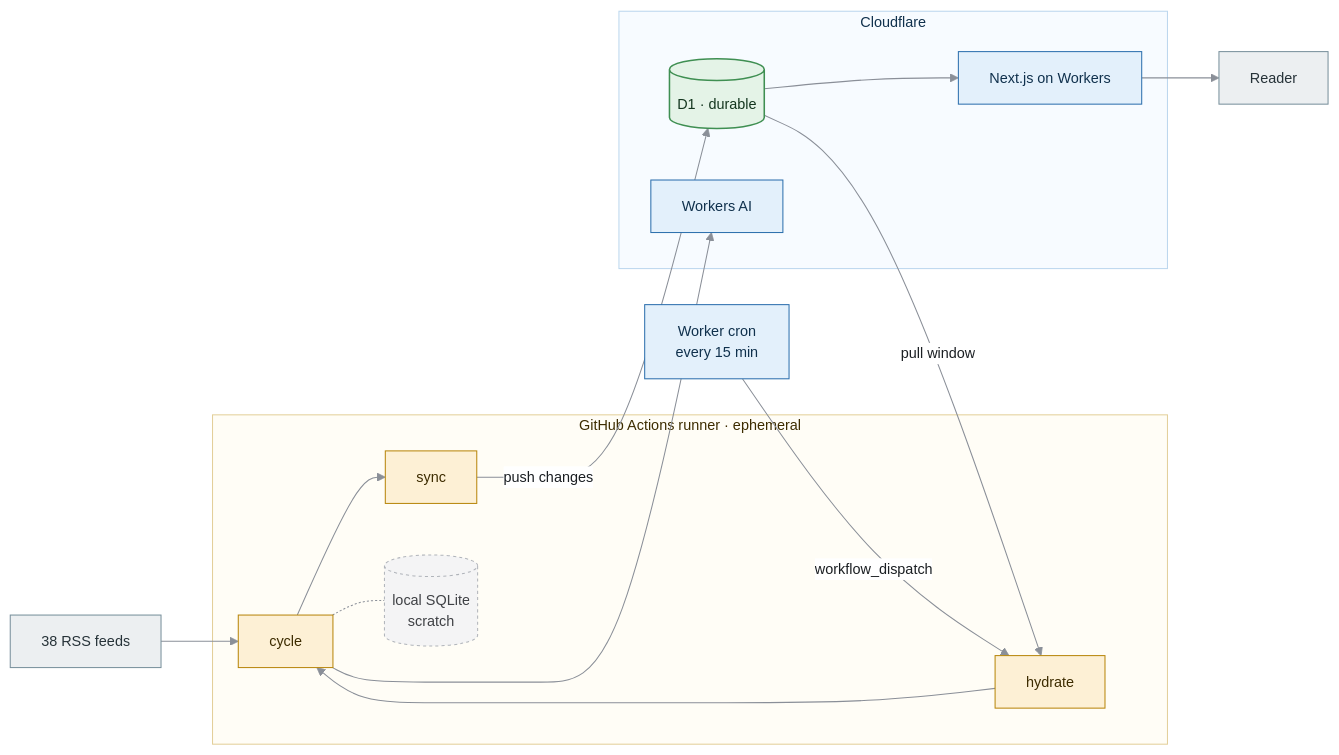
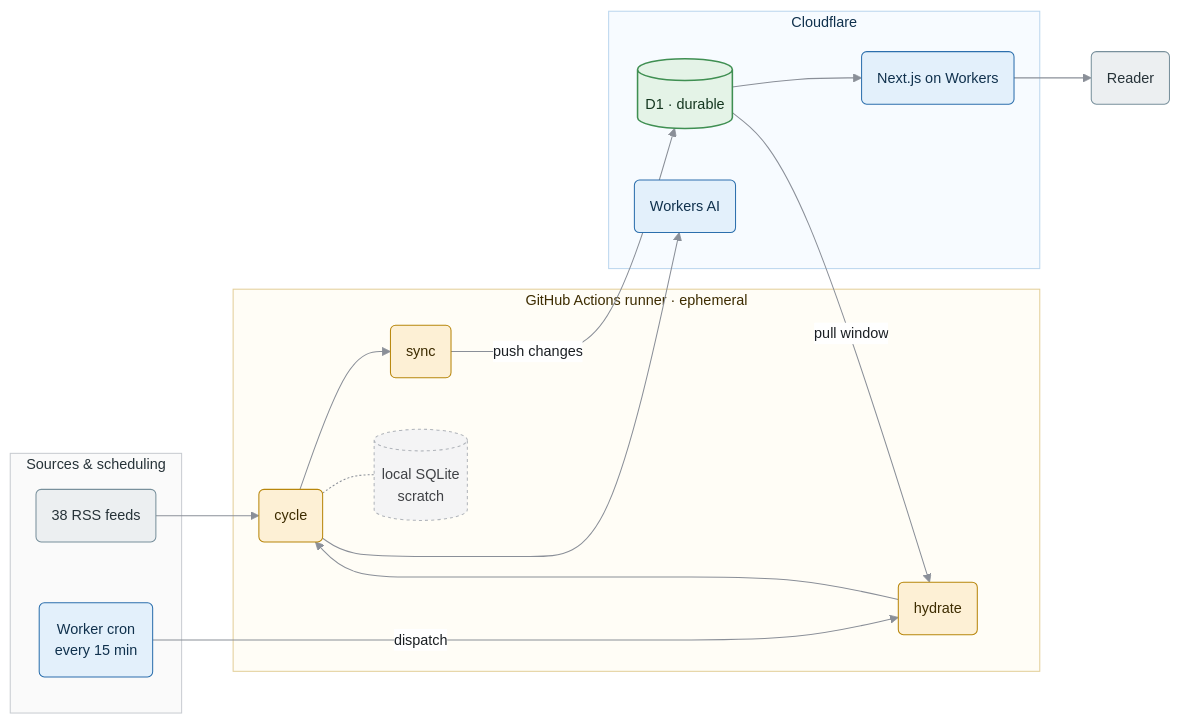
One commit to nvkudva/Smart-News changed the first of 5 diagrams in ARCHITECTURE.md. Above: the diagram before and after it, drawn with Mermaid.

Commit message:
Take the hand-tuned layout for the system diagram
Sources and the clock become their own group, the runner's three steps sit on
one rank, and wider node spacing pulls the D1 round-trip clear of the edges it
was crossing. Two fixes on the way in: fontFamily was empty, which drops the
diagram to mermaid's serif default, and a stray comma after nodeSpacing made
the value parse as a string.

````diff
--- a/ARCHITECTURE.md
+++ b/ARCHITECTURE.md
@@ -7,35 +7,59 @@
 ```mermaid
-%%{init: {'theme':'base','themeVariables':{'fontFamily':'ui-sans-serif, system-ui, sans-serif','fontSize':'14px','lineColor':'#8a8f98','primaryTextColor':'#1b1f23','edgeLabelBackground':'#ffffff'}}}%%
+---
+config:
+  theme: base
+  themeVariables:
+    fontFamily: ui-sans-serif, system-ui, sans-serif
+    fontSize: 14px
+    lineColor: '#8a8f98'
+    primaryTextColor: '#1b1f23'
+    edgeLabelBackground: '#ffffff'
+    nodeSpacing: 150
+    rankSpacing: 80
+  layout: fixed
+---
 flowchart LR
-  RSS[38 RSS feeds]:::ext
-  W[Worker cron<br/>every 15 min]:::cloud
+ subgraph IN["Sources & scheduling"]
+        RSS("38 RSS feeds")
+        W("Worker cron<br>every 15 min")
+  end
+ subgraph CI["GitHub Actions runner · ephemeral"]
+        S("sync")
+        C("cycle")
+        H("hydrate")
+        L[("local SQLite<br>scratch")]
+  end
+ subgraph CF["Cloudflare"]
+        D[("D1 · durable")]
+        AI("Workers AI")
+        A("Next.js on Workers")
+  end
+    H --> C
+    C --> S & AI
+    C -.- L
+    W -- dispatch --> H
+    RSS --> C
+    D -- pull window --> H
+    S -- push changes --> D
+    D --> A
+    A --> U("Reader")
 
-  subgraph CI[GitHub Actions runner · ephemeral]
-    H[hydrate] --> C[cycle] --> S[sync]
-    L[(local SQLite<br/>scratch)]:::scratch
-    C -.- L
-  end
-
-  subgraph CF[Cloudflare]
-    D[(D1 · durable)]:::store
-    AI[Workers AI]:::cloud
-    A[Next.js on Workers]:::cloud
-  end
-
-  W -->|workflow_dispatch| H
-  RSS --> C
-  C --> AI
-  D -->|pull window| H
-  S -->|push changes| D
-  D --> A
-  A --> U[Reader]:::ext
-
-  class H,C,S runner
-  classDef ext fill:#eceff1,stroke:#78909c,color:#263238
-  classDef runner fill:#fdf0d5,stroke:#b8860b,color:#3d2c00
-  classDef cloud fill:#e3f0fb,stroke:#2c6fad,color:#10314d
-  classDef store fill:#e4f3e7,stroke:#3f8f52,stroke-width:1.5px,color:#14361f
-  classDef scratch fill:#f4f4f5,stroke:#b0b4ba,color:#3f4145,stroke-dasharray:3 3
-  style CI fill:#fffdf6,stroke:#e3cf9a,color:#3d2c00
-  style CF fill:#f7fbff,stroke:#bcd7ee,color:#10314d
+     RSS:::ext
+     W:::cloud
+     S:::runner
+     C:::runner
+     H:::runner
+     L:::scratch
+     D:::store
+     AI:::cloud
+     A:::cloud
+     U:::ext
+    classDef ext fill:#eceff1,stroke:#78909c,color:#263238
+    classDef runner fill:#fdf0d5,stroke:#b8860b,color:#3d2c00
+    classDef cloud fill:#e3f0fb,stroke:#2c6fad,color:#10314d
+    classDef store fill:#e4f3e7,stroke:#3f8f52,stroke-width:1.5px,color:#14361f
+    classDef scratch fill:#f4f4f5,stroke:#b0b4ba,color:#3f4145,stroke-dasharray:3 3
+    style IN fill:#fafafa,stroke:#c8ccd1,color:#263238
+    style CI fill:#fffdf6,stroke:#e3cf9a,color:#3d2c00
+    style CF fill:#f7fbff,stroke:#bcd7ee,color:#10314d
 ```
````
